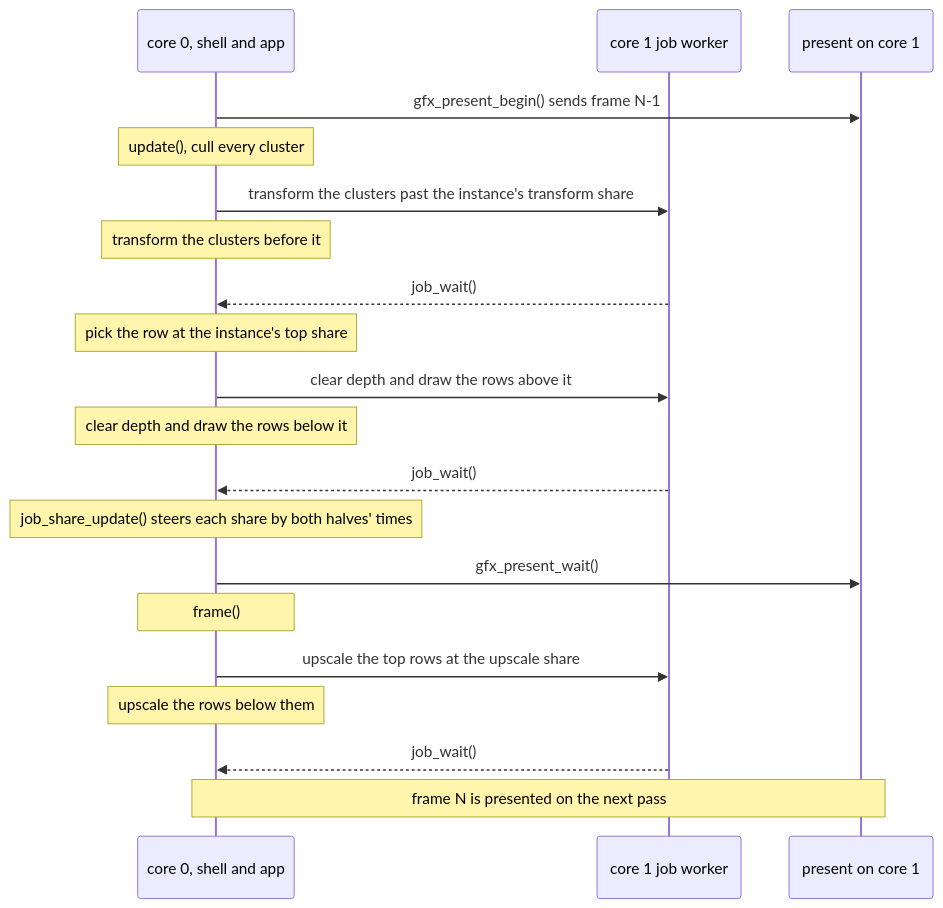
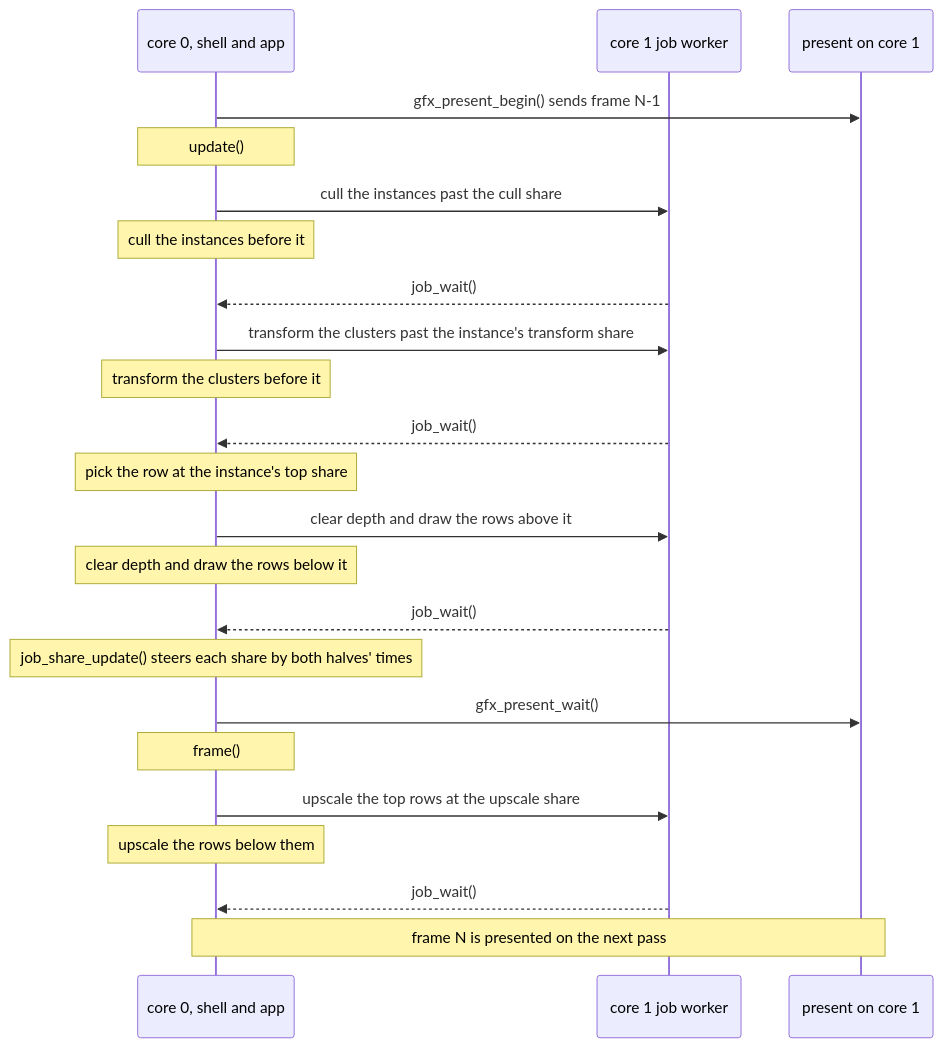
The second of 2 diagrams in docs/render/Mesh-Rendering.md (jose-villegas/autana), drawn with Mermaid before and after one commit. The commit also changed 1 other file, not shown here.

Commit message:
docs: the cull runs on both cores (autana-5idow)

````diff
--- a/docs/render/Mesh-Rendering.md
+++ b/docs/render/Mesh-Rendering.md
@@ -190,22 +190,25 @@
 ```mermaid
 sequenceDiagram
     participant C0 as core 0, shell and app
     participant J as core 1 job worker
     participant P as present on core 1
     C0->>P: gfx_present_begin() sends frame N-1
-    Note over C0: update(), cull every cluster
+    Note over C0: update()
+    C0->>J: cull the instances past the cull share
+    Note over C0: cull the instances before it
+    J-->>C0: job_wait()
     C0->>J: transform the clusters past the instance's transform share
     Note over C0: transform the clusters before it
     J-->>C0: job_wait()
     Note over C0: pick the row at the instance's top share
     C0->>J: clear depth and draw the rows above it
     Note over C0: clear depth and draw the rows below it
     J-->>C0: job_wait()
     Note over C0: job_share_update() steers each share by both halves' times
     C0->>P: gfx_present_wait()
     Note over C0: frame()
     C0->>J: upscale the top rows at the upscale share
     Note over C0: upscale the rows below them
     J-->>C0: job_wait()
     Note over C0,P: frame N is presented on the next pass
 ```
````
